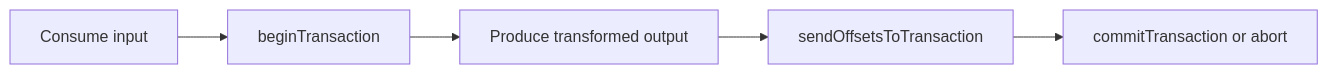
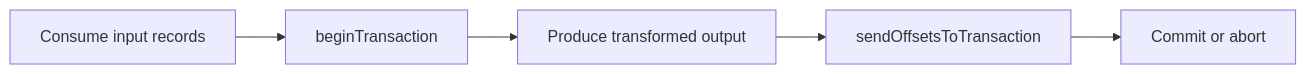
Before and after one commit to sandeepbhardwaj/sandeepbhardwaj.github.io: the diagram in _posts/2026-06-14-kafka-idempotent-producer-transactions-part-2.md, drawn with Mermaid. The commit also changed other lines of this file and 113 other files, not shown here.

````diff
--- a/_posts/2026-06-14-kafka-idempotent-producer-transactions-part-2.md
+++ b/_posts/2026-06-14-kafka-idempotent-producer-transactions-part-2.md
@@ -46,7 +39,7 @@
 ```mermaid
 flowchart LR
-    A[Consume input] --> B[beginTransaction]
+    A[Consume input records] --> B[beginTransaction]
     B --> C[Produce transformed output]
     C --> D[sendOffsetsToTransaction]
-    D --> E[commitTransaction or abort]
+    D --> E[Commit or abort]
 ```
````
